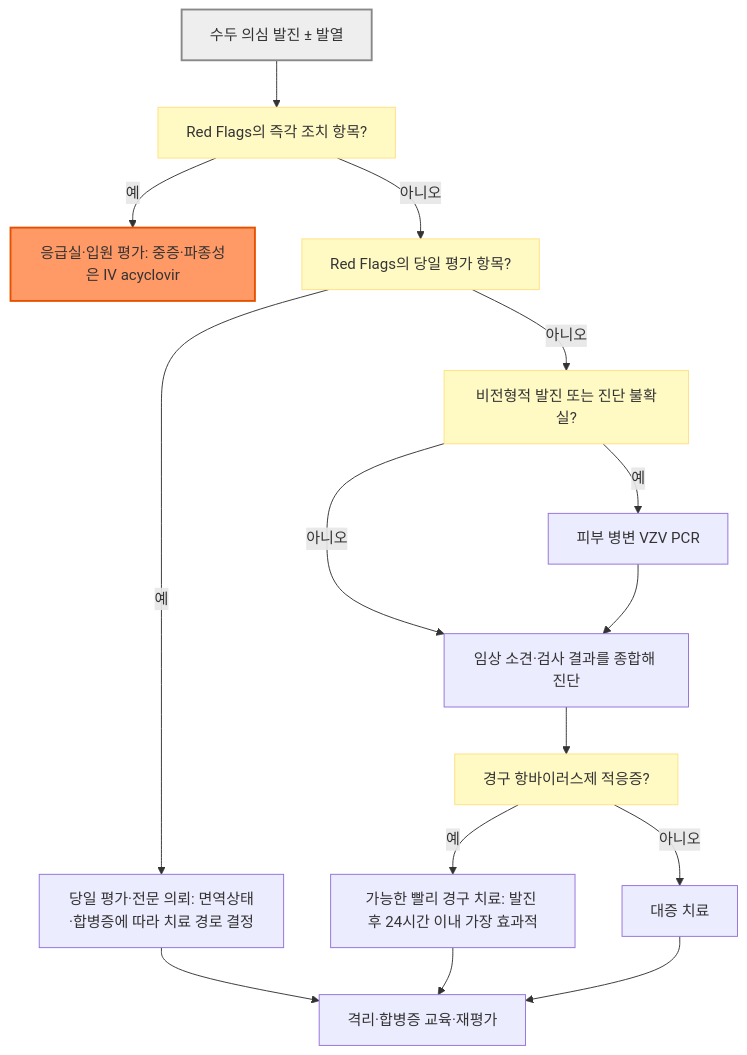
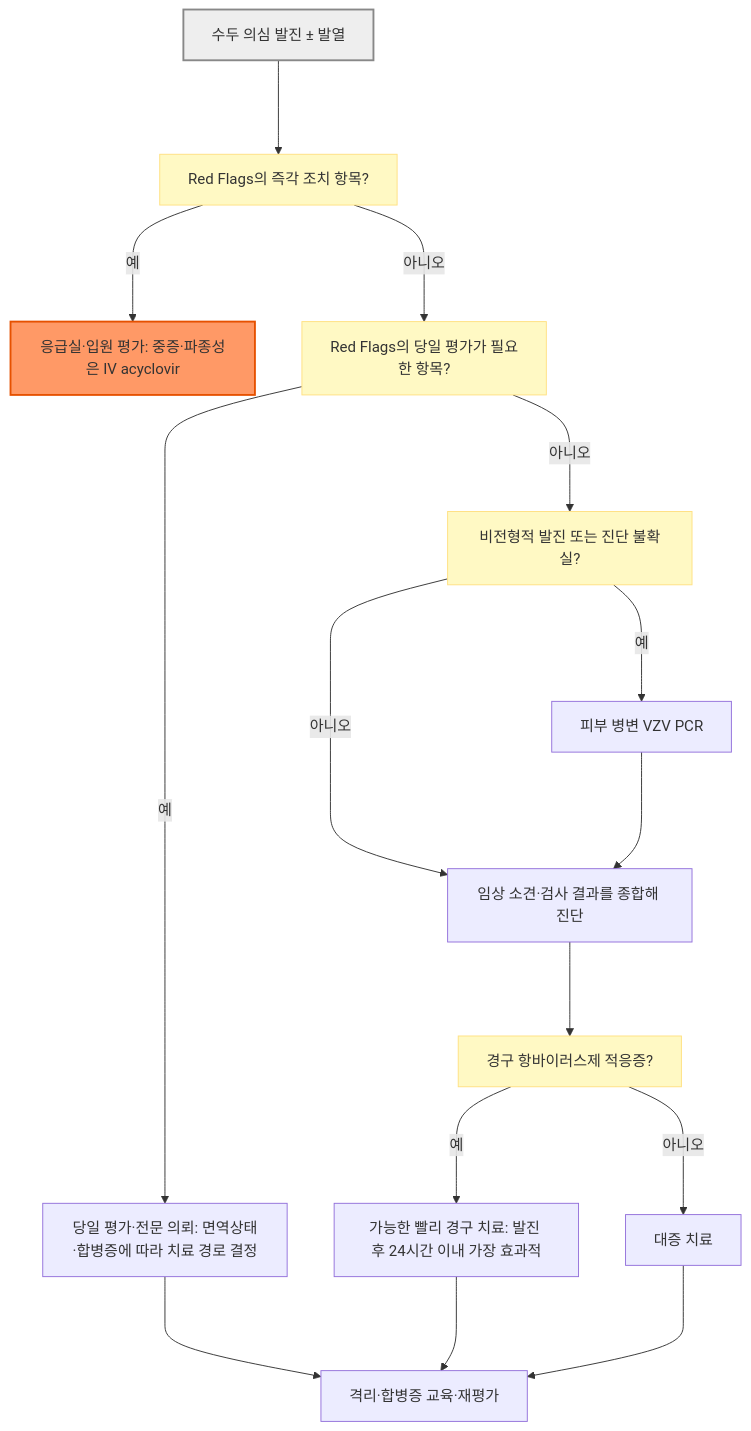
The diagram in 229_/179_-varicella.md (familyoh77/familyoh77), drawn with Mermaid before and after one commit. The commit also changed other lines of this file and 9 other files, not shown here.

````diff
--- a/229_/179_-varicella.md
+++ b/229_/179_-varicella.md
@@ -101,24 +103,24 @@
 ```mermaid
 graph TD
-    A["수두 의심 발진 ± 발열"] --> B["Red Flags의 즉각 조치 항목?"]
-    B -->|예| C["응급실·입원 평가: 중증·파종성은 IV acyclovir"]
-    B -->|아니오| D["Red Flags의 당일 평가 항목?"]
-    D -->|예| E["당일 평가·전문 의뢰: 면역상태·합병증에 따라 치료 경로 결정"]
-    D -->|아니오| F["비전형적 발진 또는 진단 불확실?"]
-    F -->|예| G["피부 병변 VZV PCR"]
-    F -->|아니오| H["임상 소견·검사 결과를 종합해 진단"]
-    G --> H
-    H --> I["경구 항바이러스제 적응증?"]
-    I -->|예| J["가능한 빨리 경구 치료: 발진 후 24시간 이내 가장 효과적"]
-    I -->|아니오| K["대증 치료"]
-    E --> L["격리·합병증 교육·재평가"]
-    J --> L
-    K --> L
+    A["수두 의심 발진 ± 발열"] ---> B["Red Flags의 즉각 조치 항목?"]
+    B --->|예| C["응급실·입원 평가: 중증·파종성은 IV acyclovir"]
+    B --->|아니오| D["Red Flags의 당일 평가가 필요한 항목?"]
+    D --->|예| E["당일 평가·전문 의뢰: 면역상태·합병증에 따라 치료 경로 결정"]
+    D --->|아니오| F["비전형적 발진 또는 진단 불확실?"]
+    F --->|예| G["피부 병변 VZV PCR"]
+    F --->|아니오| H["임상 소견·검사 결과를 종합해 진단"]
+    G ---> H
+    H ---> I["경구 항바이러스제 적응증?"]
+    I --->|예| J["가능한 빨리 경구 치료: 발진 후 24시간 이내 가장 효과적"]
+    I --->|아니오| K["대증 치료"]
+    E ---> L["격리·합병증 교육·재평가"]
+    J ---> L
+    K ---> L
 
     style A fill:#eeeeee,stroke:#888888,stroke-width:2px
     style C fill:#f96,stroke:#e65100,stroke-width:2px
     style B fill:#fff9c4,stroke:#ffe082
     style D fill:#fff9c4,stroke:#ffe082
     style F fill:#fff9c4,stroke:#ffe082
     style I fill:#fff9c4,stroke:#ffe082
 ```
````
